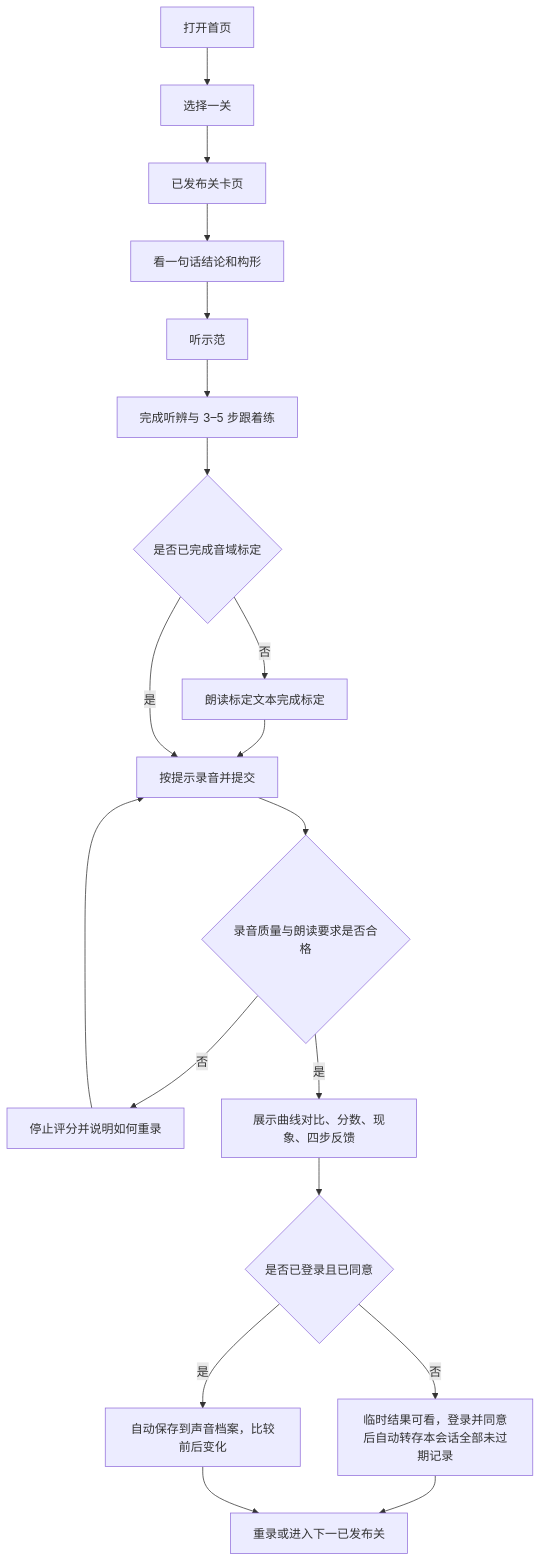
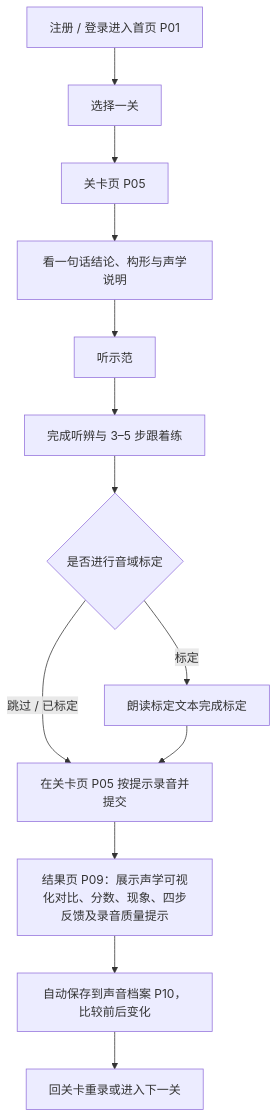
The diagram in docs/srs/README.md (teke123/sound-visualizer-learning-), drawn with Mermaid before and after one commit. The commit also changed other lines of this file and 12 other files, not shown here.

````diff
--- a/docs/srs/README.md
+++ b/docs/srs/README.md
@@ -54,21 +48,15 @@
 ```mermaid
 flowchart TD
-    A[打开首页] --> B[选择一关]
-    B --> C[已发布关卡页]
-    C --> D[看一句话结论和构形]
+    A[注册 / 登录进入首页 P01] --> B[选择一关]
+    B --> C[关卡页 P05]
+    C --> D[看一句话结论、构形与声学说明]
     D --> E[听示范]
     E --> F[完成听辨与 3–5 步跟着练]
-    F --> G{是否已完成音域标定}
-    G -- 否 --> H[朗读标定文本完成标定]
-    H --> I[按提示录音并提交]
-    G -- 是 --> I
-    I --> J{录音质量与朗读要求是否合格}
-    J -- 否 --> K[停止评分并说明如何重录]
-    K --> I
-    J -- 是 --> L[展示曲线对比、分数、现象、四步反馈]
-    L --> N{是否已登录且已同意}
-    N -- 否 --> O[临时结果可看，登录并同意后自动转存本会话全部未过期记录]
-    N -- 是 --> P[自动保存到声音档案，比较前后变化]
-    O --> M[重录或进入下一已发布关]
-    P --> M
+    F --> G{是否进行音域标定}
+    G -- 标定 --> H[朗读标定文本完成标定]
+    G -- 跳过 / 已标定 --> I[在关卡页 P05 按提示录音并提交]
+    H --> I
+    I --> L[结果页 P09：展示声学可视化对比、分数、现象、四步反馈及录音质量提示]
+    L --> P[自动保存到声音档案 P10，比较前后变化]
+    P --> M[回关卡重录或进入下一关]
 ```
````
